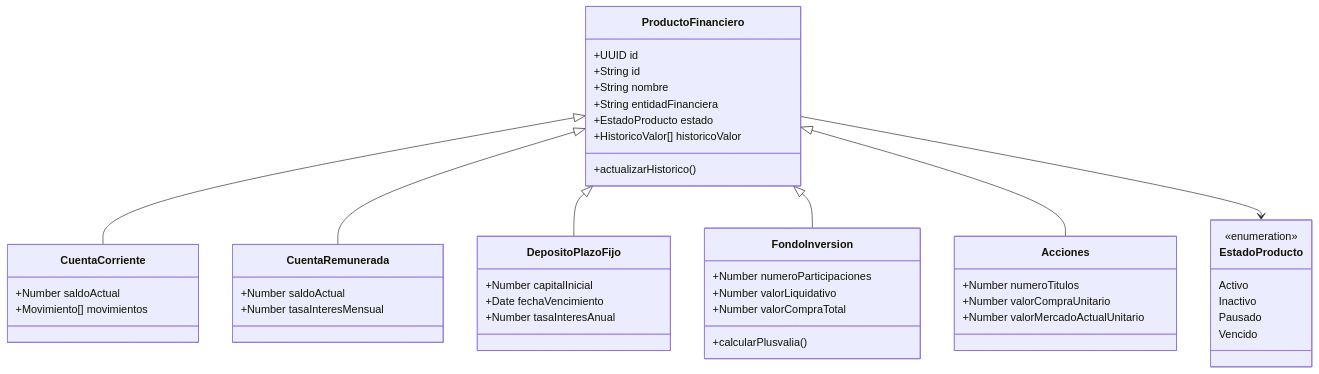
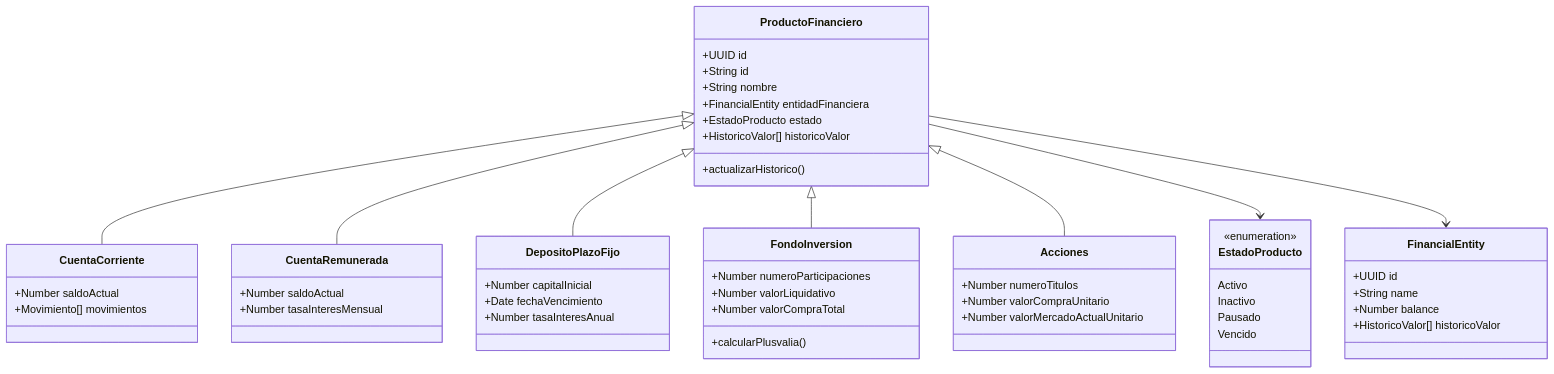
Before and after one commit to pabordonez/myfintonic: the diagram in docs/001-myfintonic_design.md, drawn with Mermaid. The commit also changed other lines of this file and 51 other files, not shown here.

````diff
--- a/docs/001-myfintonic_design.md
+++ b/docs/001-myfintonic_design.md
@@ -266,57 +319,65 @@
 ```mermaid
 classDiagram
+    class FinancialEntity {
+        +UUID id
+        +String name
+        +Number balance
+        +HistoricoValor[] historicoValor
+    }
+
     class ProductoFinanciero {
         +UUID id
         +String id
         +String nombre
-        +String entidadFinanciera
+        +FinancialEntity entidadFinanciera
         +EstadoProducto estado
         +HistoricoValor[] historicoValor
         +actualizarHistorico()
     }
 
     class CuentaCorriente {
         +Number saldoActual
         +Movimiento[] movimientos
     }
 
     class CuentaRemunerada {
         +Number saldoActual
         +Number tasaInteresMensual
     }
 
     class DepositoPlazoFijo {
         +Number capitalInicial
         +Date fechaVencimiento
         +Number tasaInteresAnual
     }
 
     class FondoInversion {
         +Number numeroParticipaciones
         +Number valorLiquidativo
         +Number valorCompraTotal
         +calcularPlusvalia()
     }
 
     class Acciones {
         +Number numeroTitulos
         +Number valorCompraUnitario
         +Number valorMercadoActualUnitario
     }
 
     ProductoFinanciero <|-- CuentaCorriente
     ProductoFinanciero <|-- CuentaRemunerada
     ProductoFinanciero <|-- DepositoPlazoFijo
     ProductoFinanciero <|-- FondoInversion
     ProductoFinanciero <|-- Acciones
 
     class EstadoProducto {
         <<enumeration>>
         Activo
         Inactivo
         Pausado
         Vencido
     }
 
     ProductoFinanciero --> EstadoProducto
-``` 
+    ProductoFinanciero --> FinancialEntity
+```
````
